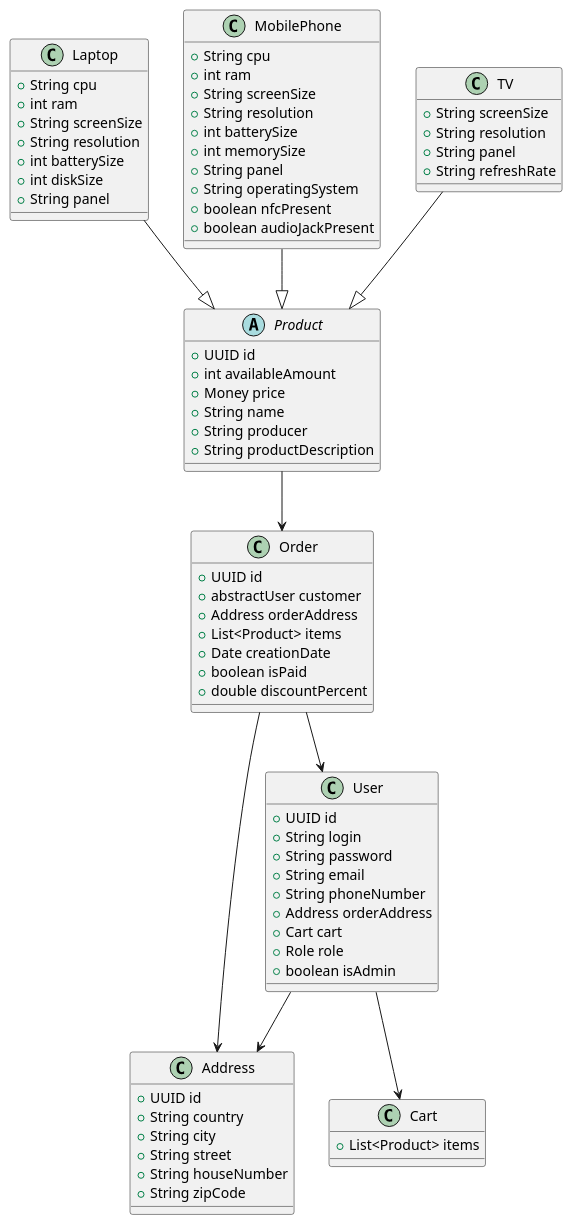
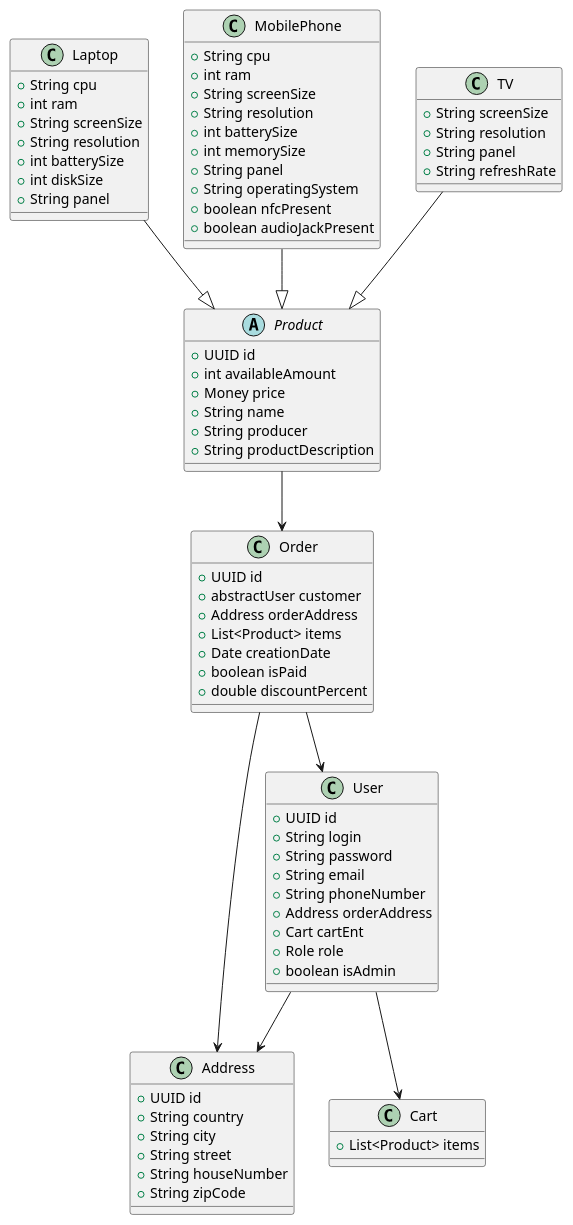
Before and after one commit to SzymonZiemecki/TKS: the diagram in docs/ADL_model_class_diagram.puml, drawn with PlantUML. The commit also changed 59 other files, not shown here.

```diff
--- a/docs/ADL_model_class_diagram.puml
+++ b/docs/ADL_model_class_diagram.puml
@@ -1,87 +1,87 @@
 @startuml
 
 class Order{
     +UUID id
     +abstractUser customer
     +Address orderAddress
     +List<Product> items
     +Date creationDate
     +boolean isPaid
     +double discountPercent
 }
 
 class User {
     +UUID id
     +String login
     +String password
     +String email
     +String phoneNumber
     +Address orderAddress
-    +Cart cart
+    +Cart cartEnt
     +Role role
     +boolean isAdmin
 }
 
 class Address{
     +UUID id
     +String country
     +String city
     +String street
     +String houseNumber
     +String zipCode
 }
 
 class Cart{
     +List<Product> items
 }
 
 User --> Cart
 User --> Address
 Order --> Address
 Order --> User
 Product --> Order
 
 Laptop --|> Product
 MobilePhone --|> Product
 TV --|> Product
 
 abstract class Product{
     +UUID id
     +int availableAmount
     +Money price
     +String name
     +String producer
     +String productDescription
 }
 
 class Laptop{
     +String cpu
     +int ram
     +String screenSize
     +String resolution
     +int batterySize
     +int diskSize
     +String panel
 }
 
 class MobilePhone{
         +String cpu
         +int ram
         +String screenSize
         +String resolution
         +int batterySize
         +int memorySize
         +String panel
         +String operatingSystem
         +boolean nfcPresent
         +boolean audioJackPresent
 }
 
 class TV {
     +String screenSize
     +String resolution
     +String panel
     +String refreshRate
 }
 
 @enduml
```
